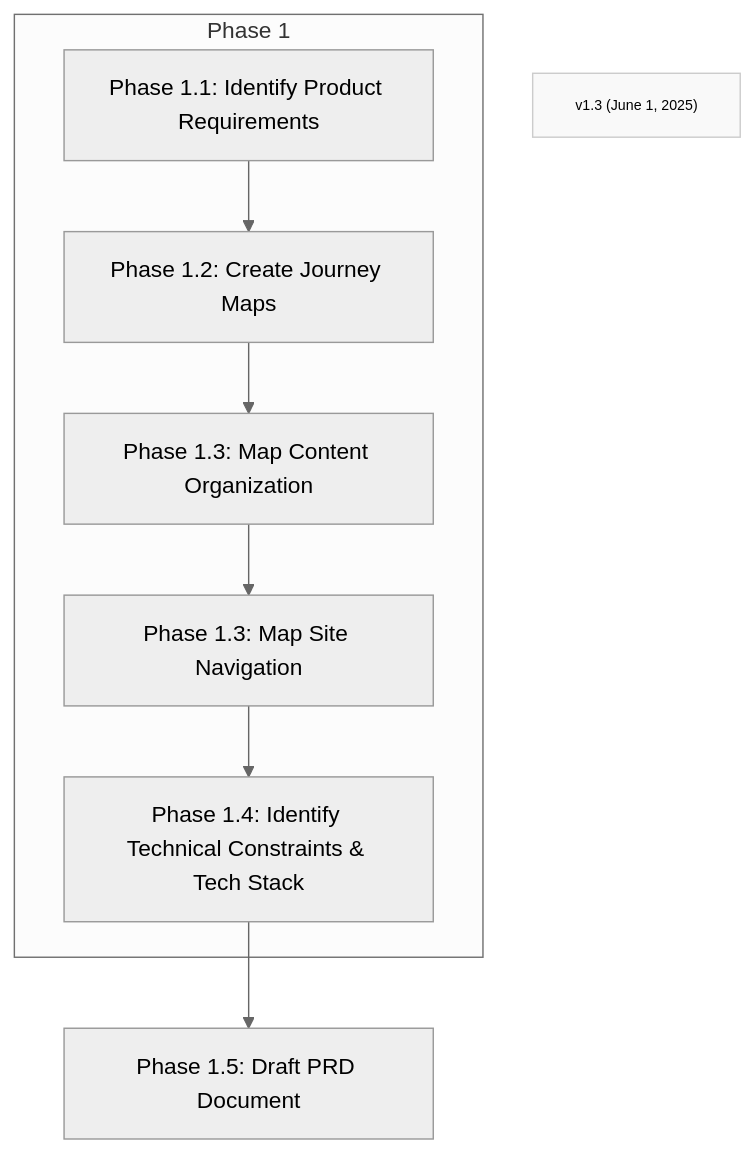
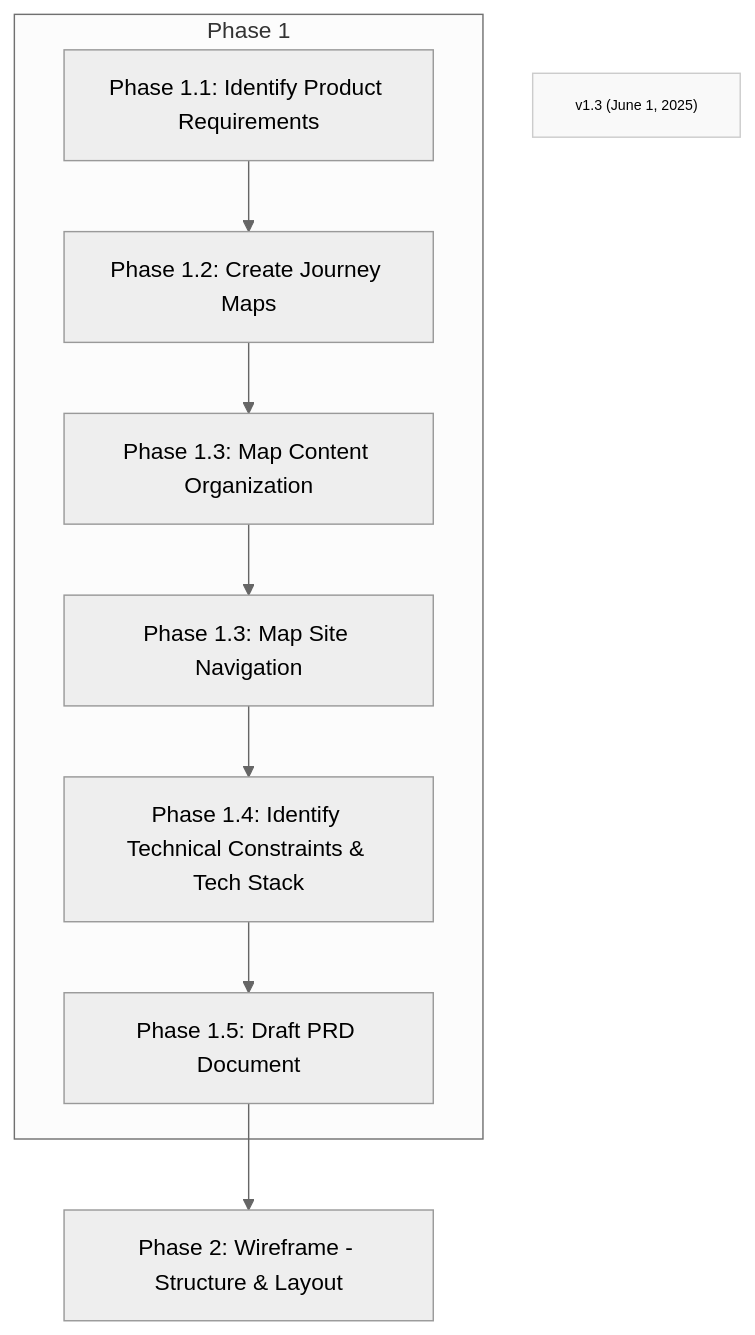
Before and after one commit to Mharbulous/Front-First-Method: the diagram in Method/FF-phase1.md, drawn with Mermaid (neutral theme).

````diff
--- a/Method/FF-phase1.md
+++ b/Method/FF-phase1.md
@@ -1,16 +1,17 @@
 ```mermaid
 graph TD
     subgraph Phase1 ["Phase 1"]
     
     Phase1_1["Phase 1.1: Identify Product Requirements"] --> Phase1_2["Phase 1.2: Create Journey Maps"]
     Phase1_2 --> Phase1_3["Phase 1.3: Map Content Organization"]
     Phase1_3 --> Phase1_4["Phase 1.3: Map Site Navigation"]
     Phase1_4 --> Phase1_5["Phase 1.4: Identify Technical Constraints & Tech Stack"]
+    Phase1_5 --> Phase1_6["Phase 1.5: Draft PRD Document"]
     end
 
-Phase1_5 --> Phase1_6["Phase 1.5: Draft PRD Document"]
+Phase1_6 --> Phase2["Phase 2: Wireframe - Structure & Layout"]
         
 Version["v1.3 (June 1, 2025)"]    
 classDef version fill:#f9f9f9,stroke:#ccc,font-size:10px
 class Version version
 ```
````
